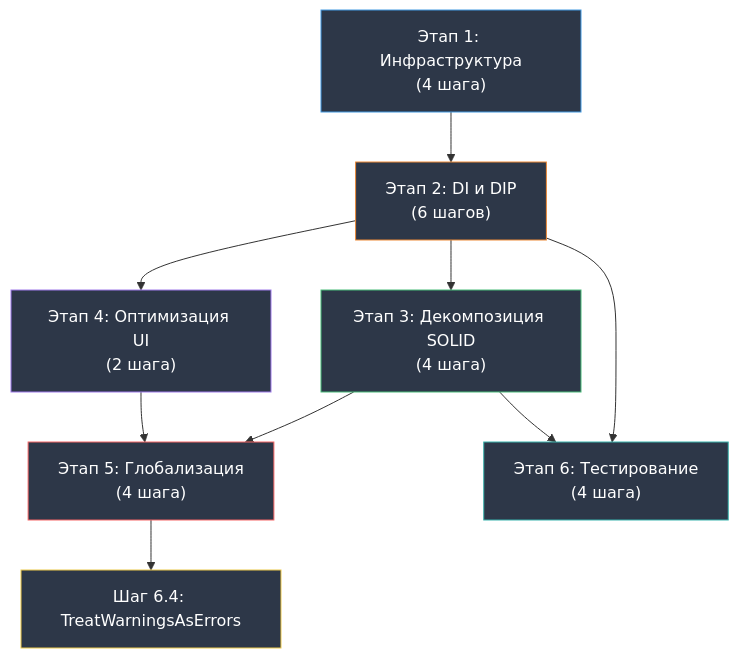
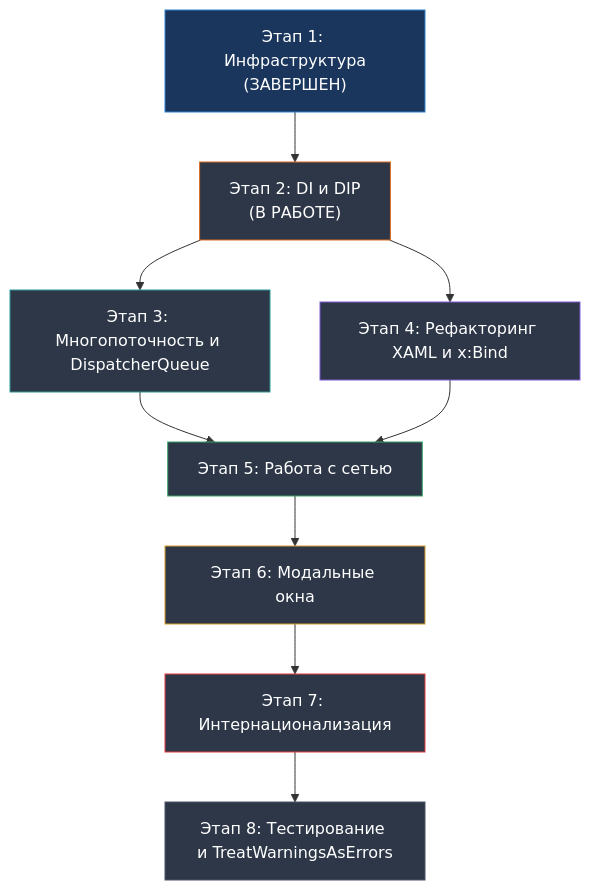
The diagram in REFACTORING_PLAN.md (krnzhnr/k-tools), drawn with Mermaid before and after one commit. The commit also changed other lines of this file and 53 other files, not shown here.

````diff
--- a/REFACTORING_PLAN.md
+++ b/REFACTORING_PLAN.md
@@ -1012,19 +541,20 @@
 ```mermaid
 graph TD
-    E1["Этап 1: Инфраструктура<br/>(4 шага)"] --> E2["Этап 2: DI и DIP<br/>(6 шагов)"]
-    E2 --> E3["Этап 3: Декомпозиция SOLID<br/>(4 шага)"]
-    E2 --> E4["Этап 4: Оптимизация UI<br/>(2 шага)"]
-    E3 --> E5["Этап 5: Глобализация<br/>(4 шага)"]
+    E1["Этап 1: Инфраструктура<br/>(ЗАВЕРШЕН)"] --> E2["Этап 2: DI и DIP<br/>(В РАБОТЕ)"]
+    E2 --> E3["Этап 3: Многопоточность и DispatcherQueue"]
+    E2 --> E4["Этап 4: Рефакторинг XAML и x:Bind"]
+    E3 --> E5["Этап 5: Работа с сетью"]
     E4 --> E5
-    E2 --> E6["Этап 6: Тестирование<br/>(4 шага)"]
-    E3 --> E6
-    E5 --> E6_4["Шаг 6.4: TreatWarningsAsErrors"]
+    E5 --> E6["Этап 6: Модальные окна"]
+    E6 --> E7["Этап 7: Интернационализация"]
+    E7 --> E8["Этап 8: Тестирование и TreatWarningsAsErrors"]
 
-    style E1 fill:#2d3748,stroke:#4299e1,color:#fff
-    style E2 fill:#2d3748,stroke:#ed8936,color:#fff
-    style E3 fill:#2d3748,stroke:#48bb78,color:#fff
-    style E4 fill:#2d3748,stroke:#9f7aea,color:#fff
-    style E5 fill:#2d3748,stroke:#f56565,color:#fff
-    style E6 fill:#2d3748,stroke:#38b2ac,color:#fff
-    style E6_4 fill:#2d3748,stroke:#ecc94b,color:#fff
+    style E1 fill:#1a365d,stroke:#3182ce,color:#fff
+    style E2 fill:#2d3748,stroke:#dd6b20,color:#fff
+    style E3 fill:#2d3748,stroke:#319795,color:#fff
+    style E4 fill:#2d3748,stroke:#805ad5,color:#fff
+    style E5 fill:#2d3748,stroke:#38a169,color:#fff
+    style E6 fill:#2d3748,stroke:#d69e2e,color:#fff
+    style E7 fill:#2d3748,stroke:#e53e3e,color:#fff
+    style E8 fill:#2d3748,stroke:#4a5568,color:#fff
 ```
````
